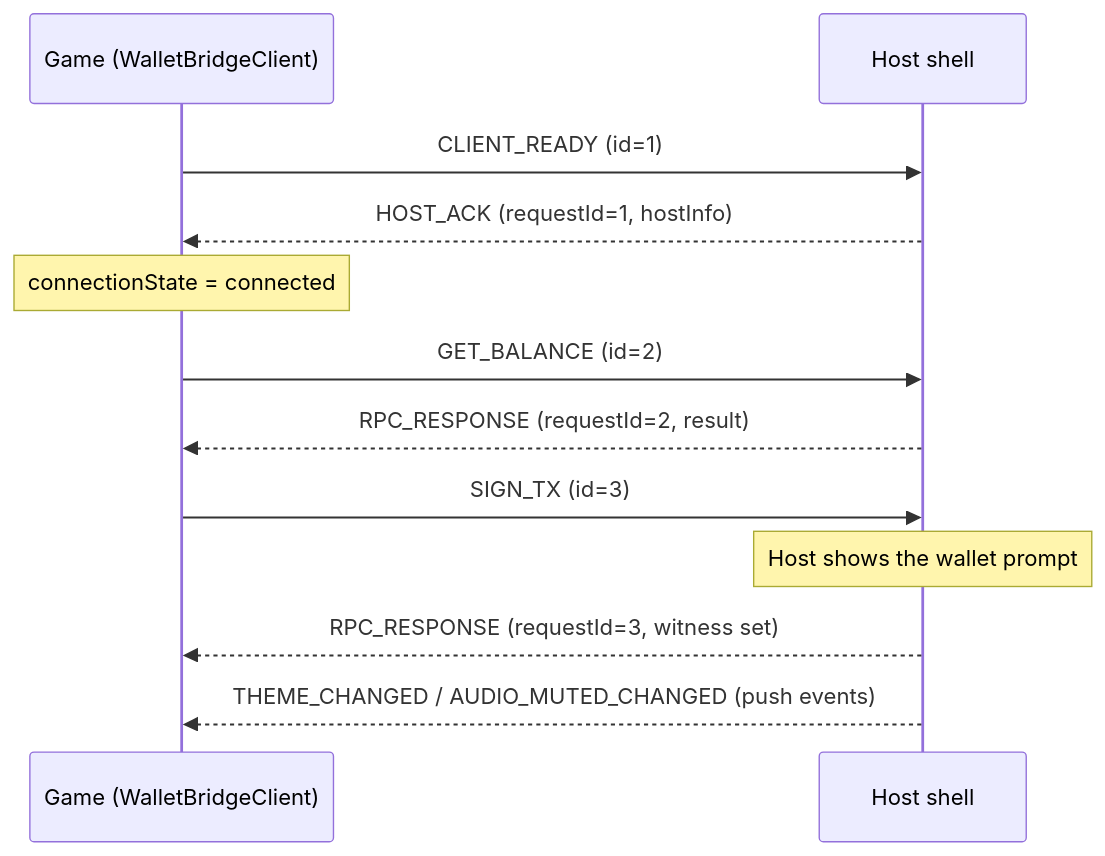
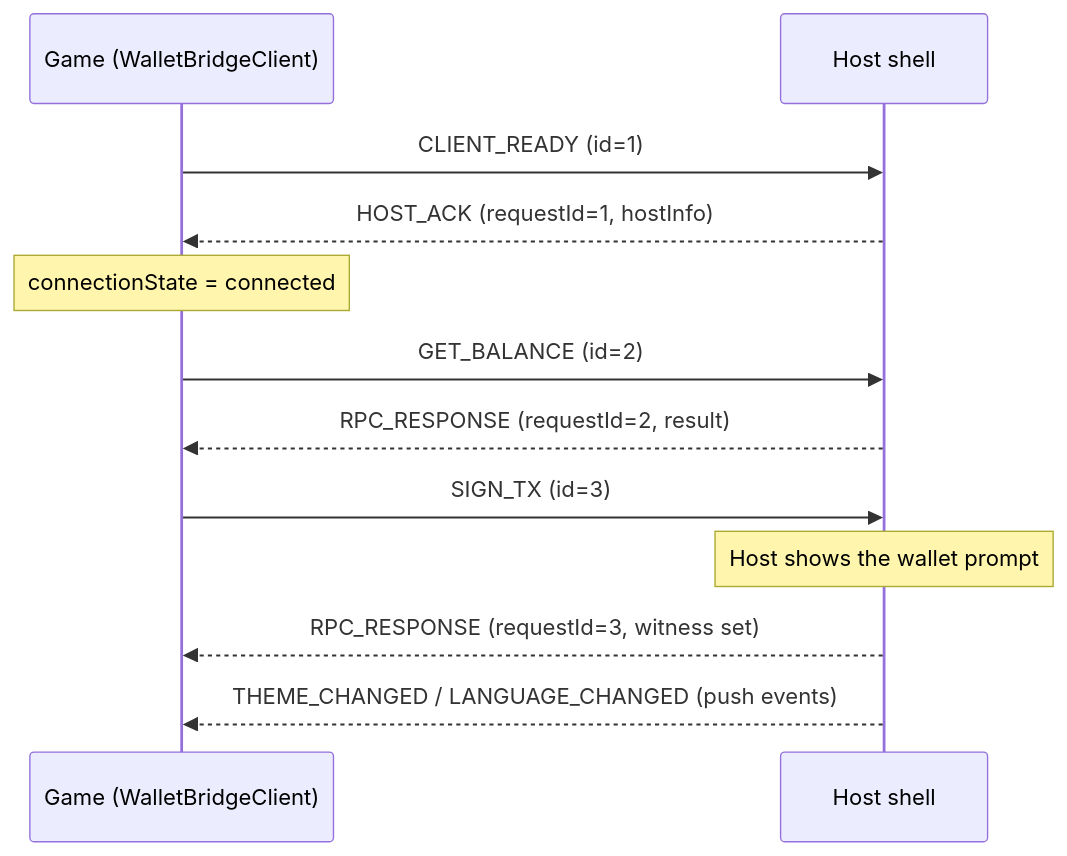
The diagram in apps/docs/content/en/2.core-concepts/3.message-protocol.md (Vtechcom/hydraone-sdk), drawn with Mermaid before and after one commit. The commit also changed other lines of this file and 23 other files, not shown here.

````diff
--- a/apps/docs/content/en/2.core-concepts/3.message-protocol.md
+++ b/apps/docs/content/en/2.core-concepts/3.message-protocol.md
@@ -26,15 +26,15 @@
 ```mermaid
 sequenceDiagram
     participant G as Game (WalletBridgeClient)
     participant H as Host shell
 
     G->>H: CLIENT_READY (id=1)
     H-->>G: HOST_ACK (requestId=1, hostInfo)
     Note over G: connectionState = connected
     G->>H: GET_BALANCE (id=2)
     H-->>G: RPC_RESPONSE (requestId=2, result)
     G->>H: SIGN_TX (id=3)
     Note over H: Host shows the wallet prompt
     H-->>G: RPC_RESPONSE (requestId=3, witness set)
-    H-->>G: THEME_CHANGED / AUDIO_MUTED_CHANGED (push events)
+    H-->>G: THEME_CHANGED / LANGUAGE_CHANGED (push events)
 ```
````
